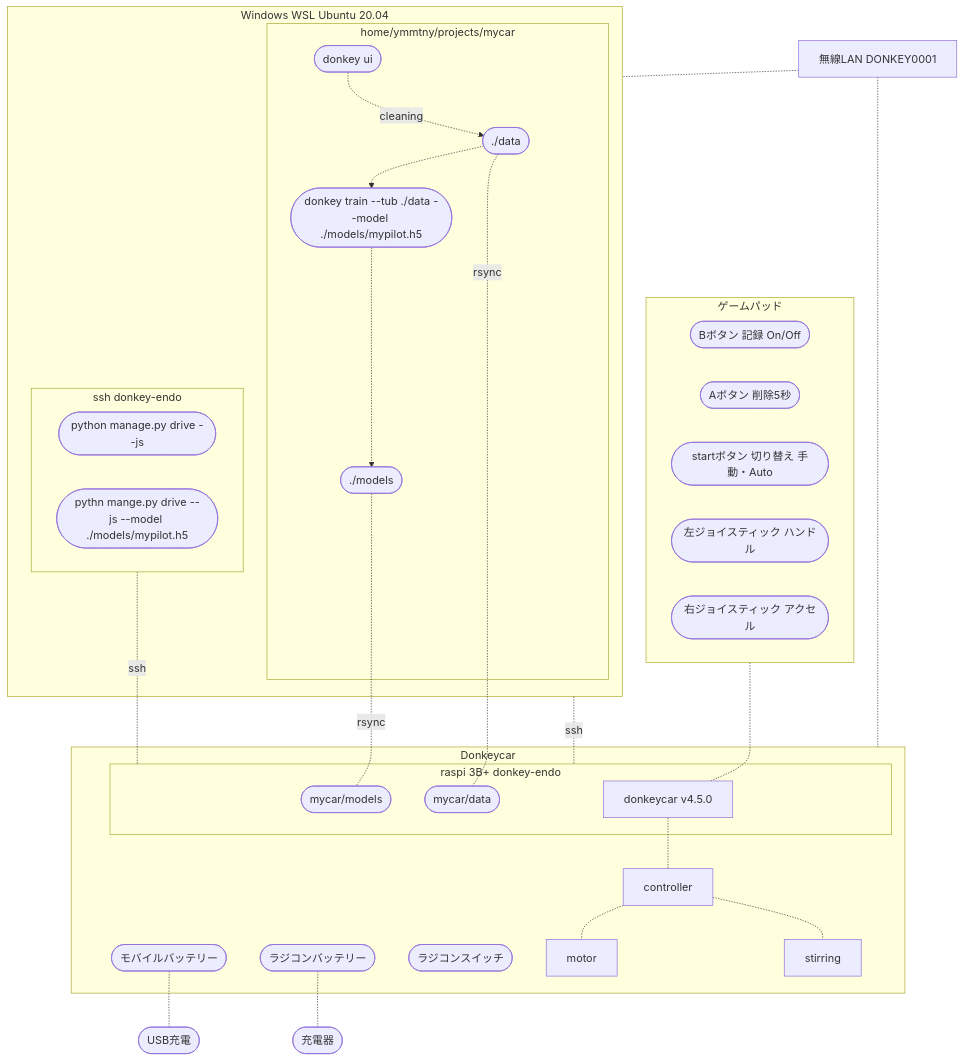
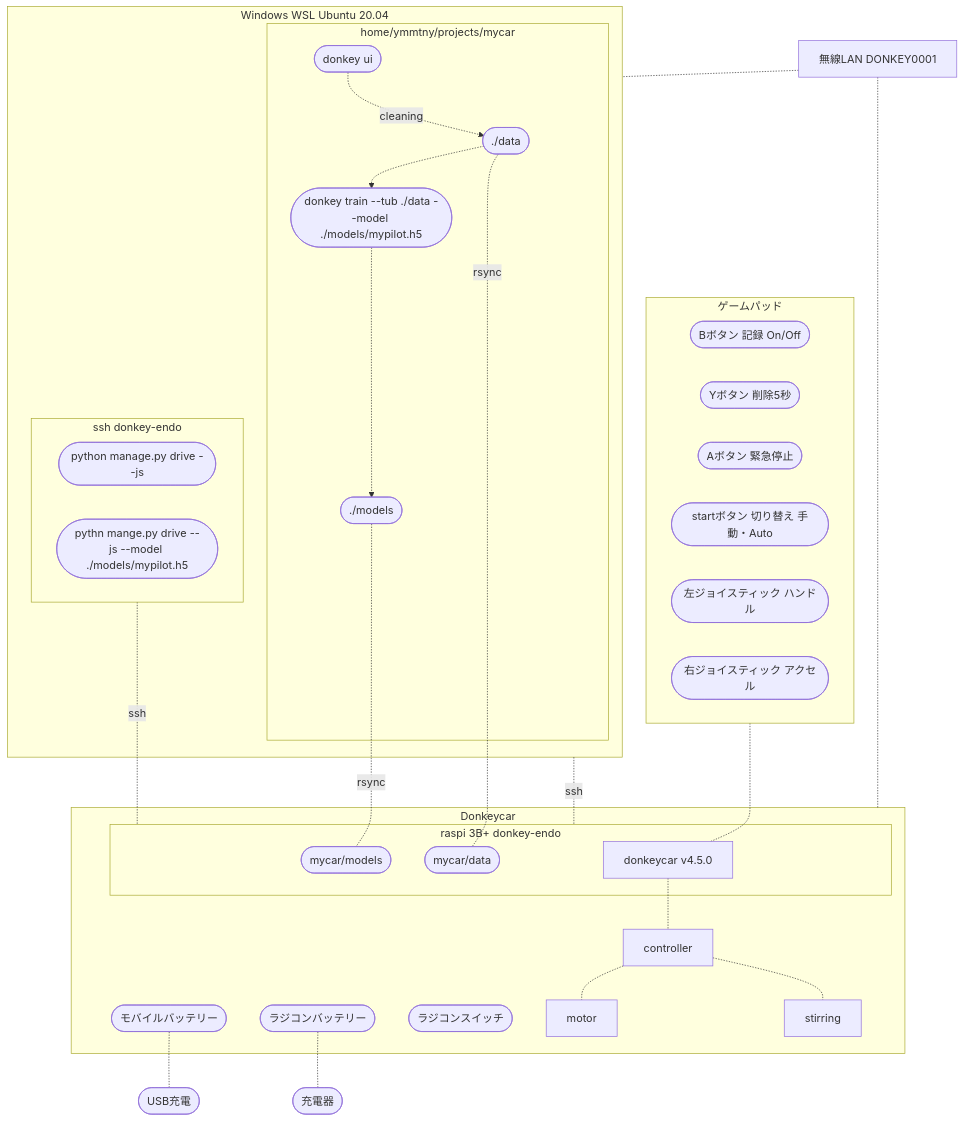
One commit to KwikHangout/AI-RC changed the diagram in SkipCity2024/doc/content/environment/raspi.md. Above: the diagram before and after it, drawn with Mermaid. The commit also changed other lines of this file and 2 other files, not shown here.

````diff
--- a/SkipCity2024/doc/content/environment/raspi.md
+++ b/SkipCity2024/doc/content/environment/raspi.md
@@ -14,68 +14,69 @@
   ```mermaid
   graph TB
   subgraph Donkeycar
     subgraph raspi[raspi 3B+ donkey-endo]
       app[donkeycar v4.5.0]
       mycardata([mycar/data])
       mycarmodels([mycar/models])
 
     end
     mobile([モバイルバッテリー])
     battery([ラジコンバッテリー])
     switch([ラジコンスイッチ])
     stirring
     motor
     controller
     app-.-controller
     controller -.- motor
     controller -.- stirring
   end
 
   subgraph joystick[ゲームパッド]
     buttonB([Bボタン 記録 On/Off])
-    buttonA([Aボタン 削除5秒])
+    buttonY([Yボタン 削除5秒])
+    buttonA([Aボタン 緊急停止])
     start([startボタン 切り替え 手動・Auto])
     stickL([左ジョイスティック ハンドル])
     stickR([右ジョイスティック アクセル])
 
   end
 
   joystick -.- app
 
   subgraph pc[Windows WSL Ubuntu 20.04]
     subgraph mycar[home/ymmtny/projects/mycar]
       data([./data])
       models([./models])
       donkey-ui([donkey ui])
       train([donkey train --tub ./data --model ./models/mypilot.h5])
 
       data -.-> train
       train -.-> models
     end
 
 
     subgraph vscode[ssh donkey-endo]
       drive([python manage.py drive --js])
       driveWithModel([pythn mange.py drive --js --model ./models/mypilot.h5])
     end
   end
 
   pc -. ssh .- raspi
 
   data -. rsync .- mycardata
   models -. rsync .- mycarmodels
 
   donkey-ui -.cleaning.->data
 
 vscode -.ssh.- raspi
 
   USBAdapter([USB充電])
   mobile -.- USBAdapter
   batteryAdapter([充電器])
   battery -.-batteryAdapter
 
   WifiSpot[無線LAN DONKEY0001]
   WifiSpot -.- Donkeycar
   WifiSpot -.- pc
 
   ```
````
